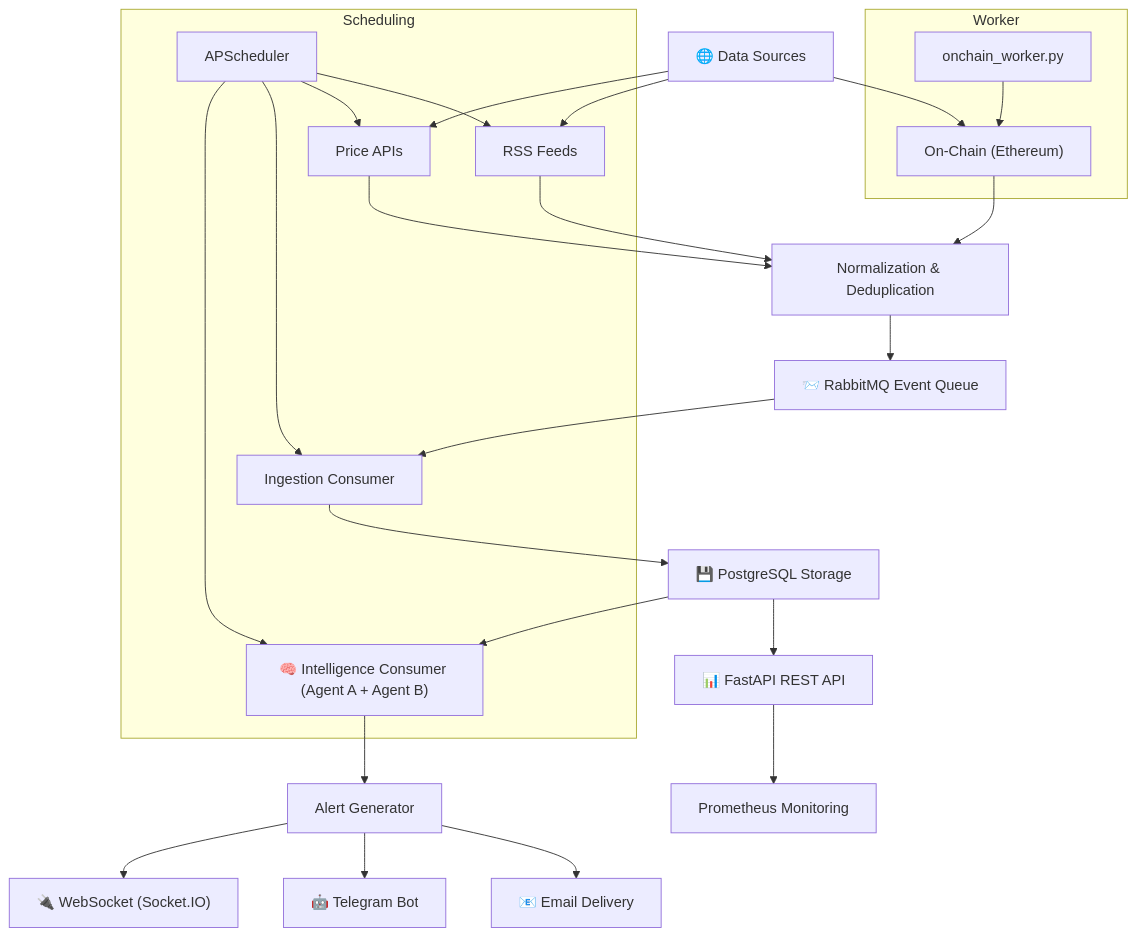
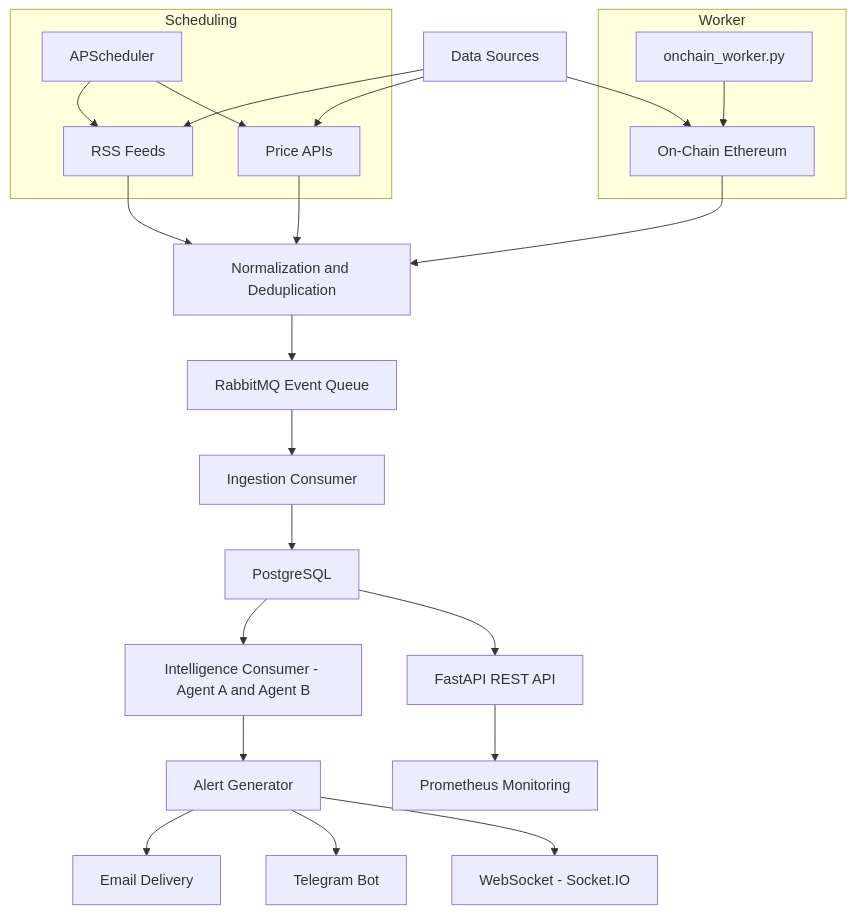
One commit to MohidNaghman1/AETERNA-Autonomous-Alpha-Engine changed the diagram in README.md. Above: the diagram before and after it, drawn with Mermaid. The commit also changed other lines of this file, not shown here.

````diff
--- a/README.md
+++ b/README.md
@@ -82,34 +98,32 @@
 ```mermaid
 flowchart TD
-    A["🌐 Data Sources"] --> A1["RSS Feeds"]
-    A --> A2["Price APIs"]
-    A --> A3["On-Chain (Ethereum)"]
+    A[Data Sources] --> A1[RSS Feeds]
+    A --> A2[Price APIs]
+    A --> A3[On-Chain Ethereum]
 
-    A1 --> B["Normalization & Deduplication"]
+    A1 --> B[Normalization and Deduplication]
     A2 --> B
     A3 --> B
 
-    B --> C["📨 RabbitMQ Event Queue"]
-    C --> D["Ingestion Consumer"]
-    D --> E["💾 PostgreSQL Storage"]
-    E --> F["🧠 Intelligence Consumer (Agent A + Agent B)"]
-    F --> G["Alert Generator"]
+    B --> C[RabbitMQ Event Queue]
+    C --> D[Ingestion Consumer]
+    D --> E[PostgreSQL]
+    E --> F[Intelligence Consumer - Agent A and Agent B]
+    F --> G[Alert Generator]
 
-    G --> H["📧 Email Delivery"]
-    G --> I["🤖 Telegram Bot"]
-    G --> J["🔌 WebSocket (Socket.IO)"]
+    G --> H[Email Delivery]
+    G --> I[Telegram Bot]
+    G --> J[WebSocket - Socket.IO]
 
-    E --> K["📊 FastAPI REST API"]
-    K --> L["Prometheus Monitoring"]
+    E --> K[FastAPI REST API]
+    K --> L[Prometheus Monitoring]
 
     subgraph Scheduling
-        S["APScheduler"] --> A1
+        S[APScheduler] --> A1
         S --> A2
-        S --> D
-        S --> F
     end
 
     subgraph Worker
-        W["onchain_worker.py"] --> A3
+        W[onchain_worker.py] --> A3
     end
 ```
````
